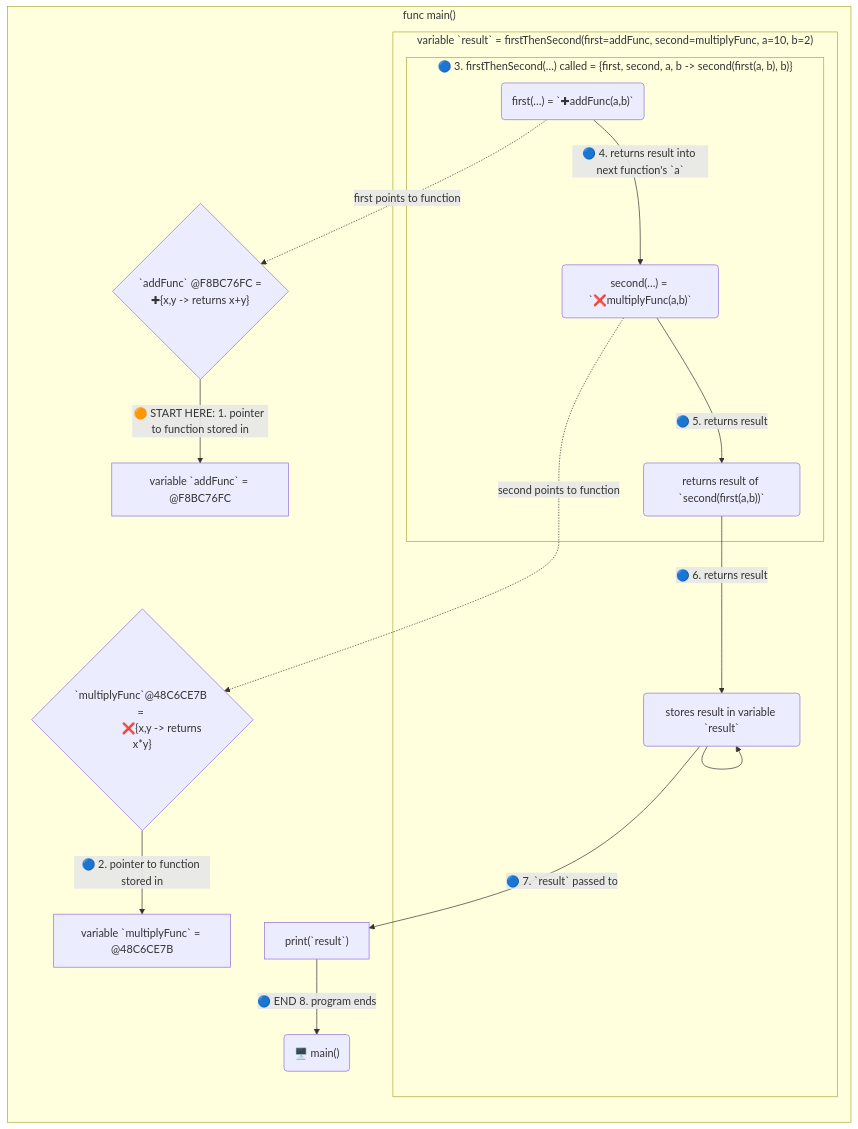
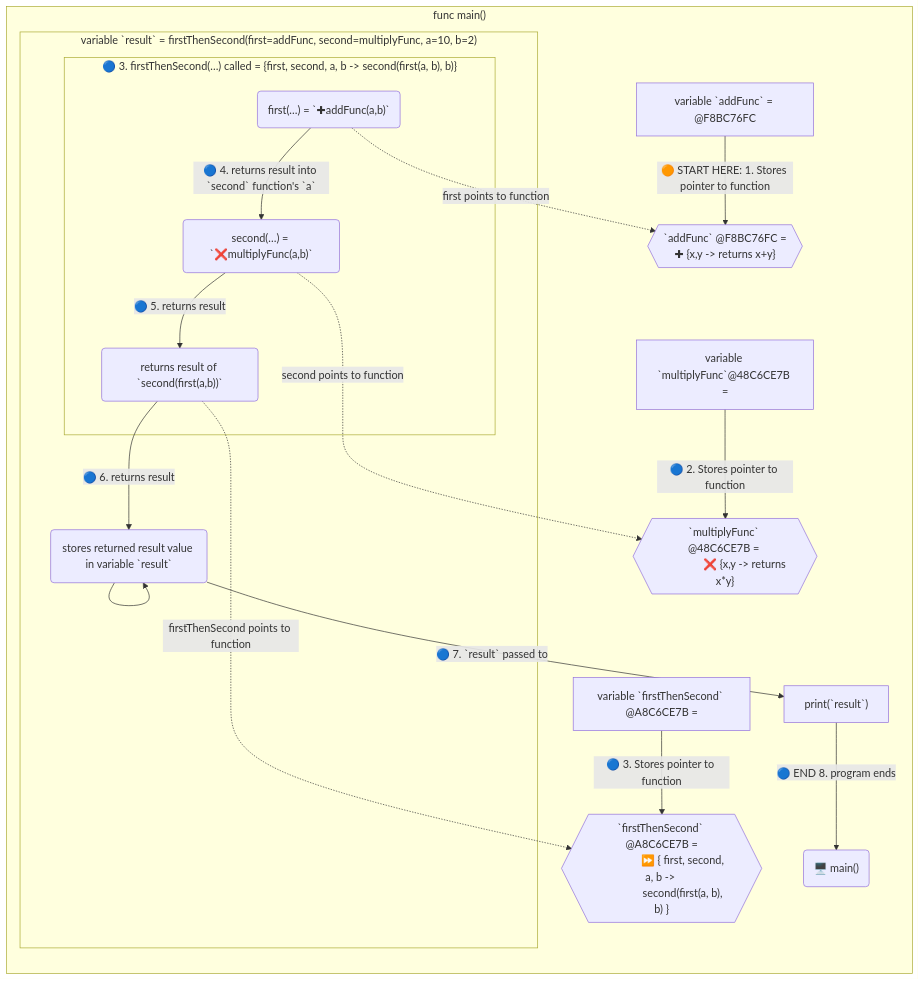
The diagram in 10-FunctionalProgramming.md (realityexpander/How_to_program_from_ground_up), drawn with Mermaid before and after one commit.

Commit message:
improve diagram

````diff
--- a/10-FunctionalProgramming.md
+++ b/10-FunctionalProgramming.md
@@ -50,25 +50,29 @@
 ```mermaid
- flowchart RL
+ flowchart LR
  
  subgraph main["func main()"]
-    addFn{" `addFunc` @F8BC76FC = 
-           ✚{x,y -> returns x+y} "} -->|🟠 START HERE: 1. pointer to function stored in| X["variable `addFunc` = @F8BC76FC"]
-    multiplyFn{" `multiplyFunc`@48C6CE7B = 
-                ❌{x,y -> returns x*y}"} -->|🔵 2. pointer to function stored in| Y["variable `multiplyFunc` = @48C6CE7B"]
+    X["variable `addFunc` = @F8BC76FC"] -->|🟠 START HERE: 1. Stores pointer to function| addFn{{" `addFunc` @F8BC76FC =
+           ✚ {x,y -> returns x+y} "}}
+    Y["variable `multiplyFunc`@48C6CE7B ="] -->|🔵 2. Stores pointer to function| multiplyFn{{" `multiplyFunc` @48C6CE7B = 
+                ❌ {x,y -> returns x*y}"}}
+    Z["variable `firstThenSecond` @A8C6CE7B ="] -->|🔵 3. Stores pointer to function| firstThenSecondFunc{{" `firstThenSecond` @A8C6CE7B =
+                 ⏩ { first, second, a, b -> 
+                 second(first(a, b), b) }"}}
     first -.->|first points to function| addFn
     second -..->|second points to function| multiplyFn
+    D -...->|firstThenSecond points to function| firstThenSecondFunc
     subgraph result[" variable `result` = firstThenSecond(first=addFunc, second=multiplyFunc, a=10, b=2)"]
        subgraph firstThenSecond[" 🔵 3. firstThenSecond(…) called = {first, second, a, b -> second(first(a, b), b)}"]
-          first("first(…) = `✚addFunc(a,b)`")-->|🔵 4. returns result into next function's `a` | second
+          first("first(…) = `✚addFunc(a,b)`")-->|🔵 4. returns result into `second` function's `a` | second
           second("second(…) = `❌multiplyFunc(a,b)`") -->|🔵 5. returns result| D
        end
        D("returns result of `second(first(a,b))`") -->|🔵 6. returns result| E
     end
-    E("stores result in variable `result`") -->|🔵 7. `result` passed to| F
+    E("stores returned result value in variable `result`") -->|🔵 7. `result` passed to| F
     E --> E
     F["print(`result`)"] -->|🔵 END 8. program ends| G
  end
  G("🖥️ main()")
  
  
  ```
````
